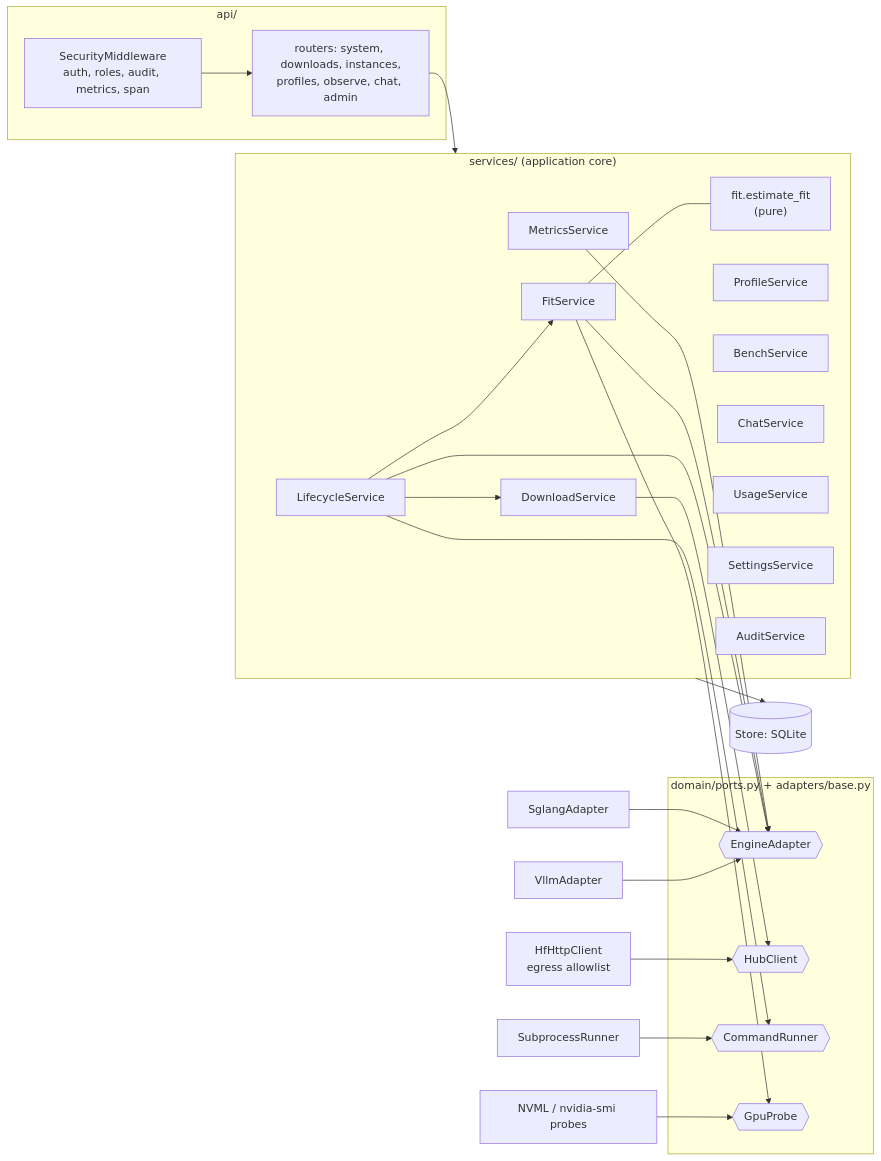
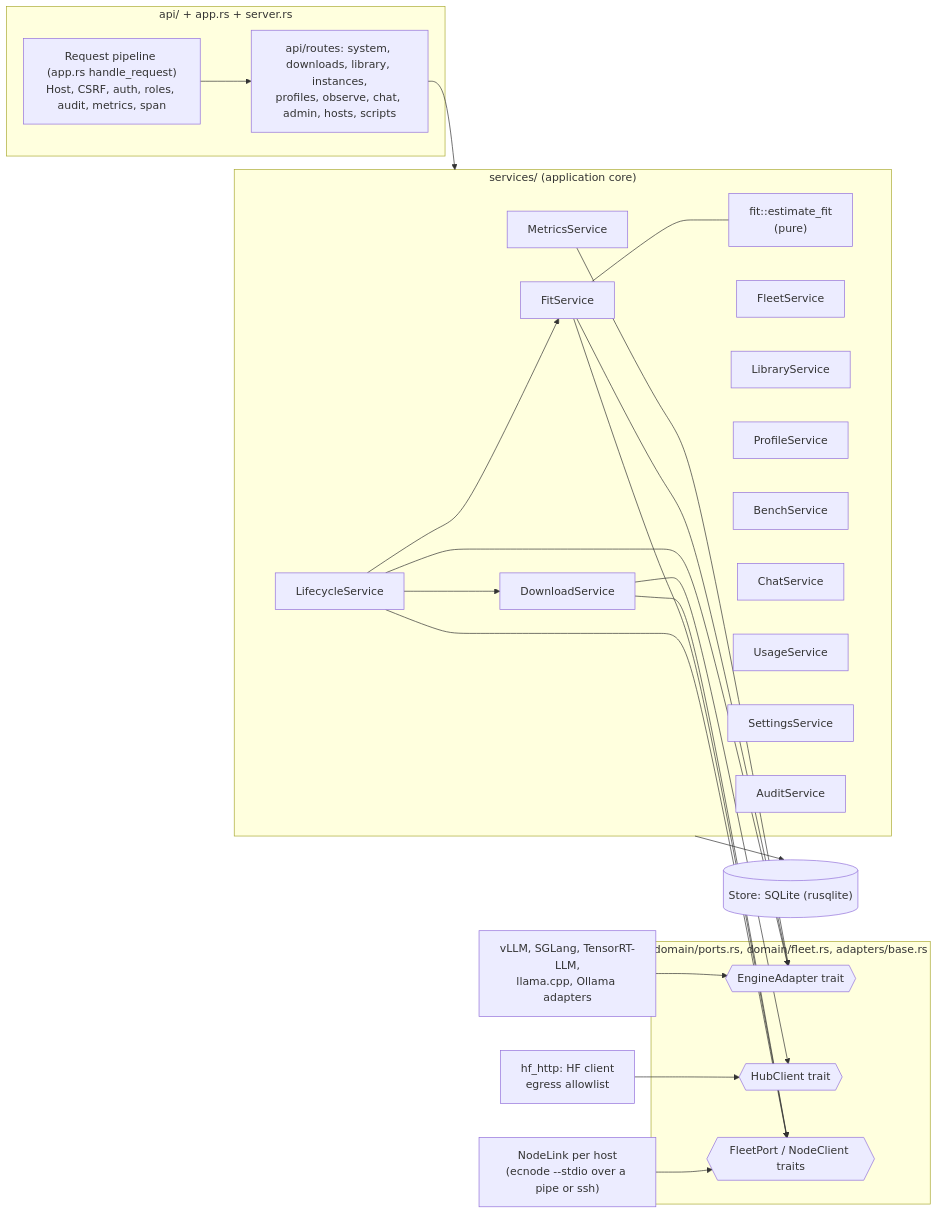
Before and after one commit to willboyden/engine-console: the diagram in docs/diagrams/c4-component.md, drawn with Mermaid. The commit also changed other lines of this file and 748 other files, not shown here.

````diff
--- a/docs/diagrams/c4-component.md
+++ b/docs/diagrams/c4-component.md
@@ -3,36 +6,35 @@
 ```mermaid
 flowchart LR
-  subgraph http["api/"]
-    sec["SecurityMiddleware<br/>auth, roles, audit, metrics, span"]
-    routers["routers: system, downloads, instances,<br/>profiles, observe, chat, admin"]
+  subgraph http["api/ + app.rs + server.rs"]
+    sec["Request pipeline (app.rs handle_request)<br/>Host, CSRF, auth, roles, audit, metrics, span"]
+    routes["api/routes: system, downloads, library, instances,<br/>profiles, observe, chat, admin, hosts, scripts"]
   end
   subgraph core["services/ (application core)"]
-    fit[FitService] --- fitfn["fit.estimate_fit<br/>(pure)"]
+    fit[FitService] --- fitfn["fit::estimate_fit<br/>(pure)"]
     lc[LifecycleService]
+    fl[FleetService]
+    lib[LibraryService]
     dl[DownloadService]
     pr[ProfileService]
     mt[MetricsService]
     bn[BenchService]
     ch[ChatService]
     us[UsageService]
     st[SettingsService]
     au[AuditService]
   end
-  subgraph ports["domain/ports.py + adapters/base.py"]
-    ea{{EngineAdapter}}
-    hub{{HubClient}}
-    run{{CommandRunner}}
-    gp{{GpuProbe}}
+  subgraph ports["domain/ports.rs, domain/fleet.rs, adapters/base.rs"]
+    ea{{EngineAdapter trait}}
+    hub{{HubClient trait}}
+    fp{{FleetPort / NodeClient traits}}
   end
-  vllm[VllmAdapter] --> ea
-  sgl[SglangAdapter] --> ea
-  hfh[HfHttpClient<br/>egress allowlist] --> hub
-  sub[SubprocessRunner] --> run
-  nvml[NVML / nvidia-smi probes] --> gp
-  sec --> routers --> core
-  lc --> ea & run & fit & dl
-  fit --> ea & gp
-  dl --> hub
+  vllm[vLLM, SGLang, TensorRT-LLM,<br/>llama.cpp, Ollama adapters] --> ea
+  hfh[hf_http: HF client<br/>egress allowlist] --> hub
+  nl["NodeLink per host<br/>(ecnode --stdio over a pipe or ssh)"] --> fp
+  sec --> routes --> core
+  lc --> ea & fp & fit & dl
+  fit --> ea & fp
+  dl --> hub & fp
   mt --> ea
-  core --> store[("Store: SQLite")]
+  core --> store[("Store: SQLite (rusqlite)")]
 ```
````
